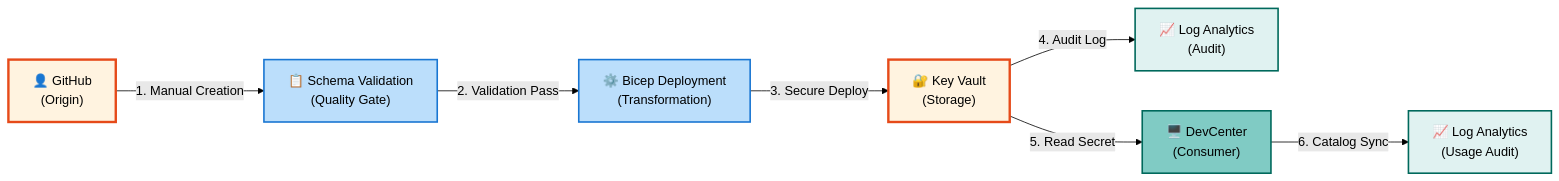
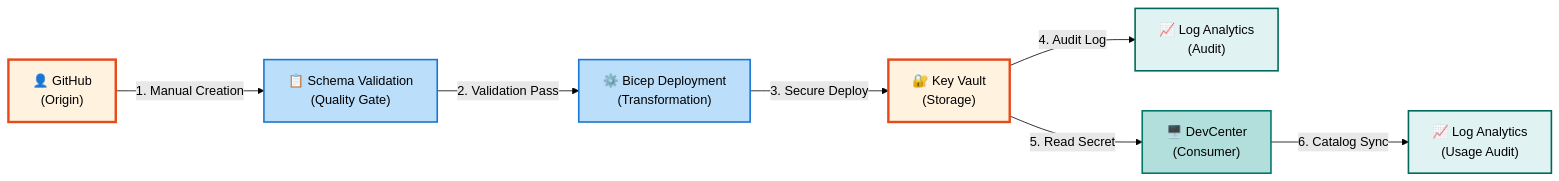
Before and after one commit to Evilazaro/DevExp-DevBox: the seventh of 9 diagrams in docs/architecture/data-architecture.md, drawn with Mermaid (forest theme). The commit also changed other lines of this file, not shown here.

Commit message:
refactor: update color scheme documentation for data domains and flow stages

````diff
--- a/docs/architecture/data-architecture.md
+++ b/docs/architecture/data-architecture.md
@@ -1550,39 +1550,39 @@
 ```mermaid
 flowchart LR
     accTitle: GitHub Token End-to-End Data Lineage
     accDescr: Complete lifecycle of GitHub token from creation to consumption showing all transformation and storage points. Token created in GitHub, manually input by engineer, validated by schema, deployed through Bicep, stored in Key Vault, and retrieved by DevCenter for catalog synchronization.
 
     %% ============================================
     %% STANDARD COLOR SCHEME v2.8.0 - Material Design Compliant
     %% ============================================
     %% SEMANTIC COLORS (lifecycle stages - functional purpose):
-    %%   Orange=#FFCC80 (Creation/Storage - Security)
+    %%   Orange=#FFE0B2 (Creation/Storage - Security)
     %%   Blue=#BBDEFB (Validation/Transformation)
-    %%   Teal=#80CBC4 (Consumption/Audit)
-    %% Material Design palette with WCAG AA compliance
+    %%   Teal=#B2DFDB (Consumption/Audit)
+    %% Material Design 100-level palette with WCAG AA compliance
     %% ============================================
 
-    classDef mdOrange fill:#FFCC80,stroke:#E64A19,stroke-width:2px,color:#000
+    classDef mdOrange fill:#FFE0B2,stroke:#E64A19,stroke-width:2px,color:#000
     classDef mdBlue fill:#BBDEFB,stroke:#1976D2,stroke-width:2px,color:#000
-    classDef mdTeal fill:#80CBC4,stroke:#00695C,stroke-width:2px,color:#000
+    classDef mdTeal fill:#B2DFDB,stroke:#00796B,stroke-width:2px,color:#000
 
     GitHub["👤 GitHub<br/>(Origin)"]:::mdOrange
     Schema["📋 Schema Validation<br/>(Quality Gate)"]:::mdBlue
     Bicep["⚙️ Bicep Deployment<br/>(Transformation)"]:::mdBlue
     KV["🔐 Key Vault<br/>(Storage)"]:::mdOrange
     LA1["📈 Log Analytics<br/>(Audit)"]:::mdTeal
     DevCenter["🖥️ DevCenter<br/>(Consumer)"]:::mdTeal
     LA2["📈 Log Analytics<br/>(Usage Audit)"]:::mdTeal
 
     GitHub -->|1. Manual Creation| Schema
     Schema -->|2. Validation Pass| Bicep
     Bicep -->|3. Secure Deploy| KV
     KV -->|4. Audit Log| LA1
     KV -->|5. Read Secret| DevCenter
     DevCenter -->|6. Catalog Sync| LA2
 
     style GitHub fill:#FFF3E0,stroke:#E64A19,stroke-width:3px
     style KV fill:#FFF3E0,stroke:#E64A19,stroke-width:3px
     style LA1 fill:#E0F2F1,stroke:#00695C,stroke-width:2px
     style LA2 fill:#E0F2F1,stroke:#00695C,stroke-width:2px
 ```
````
